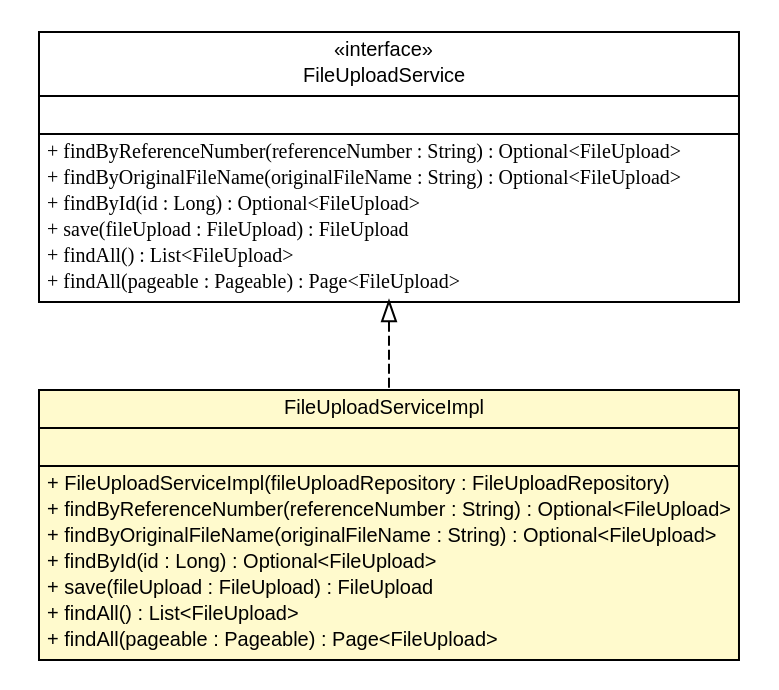
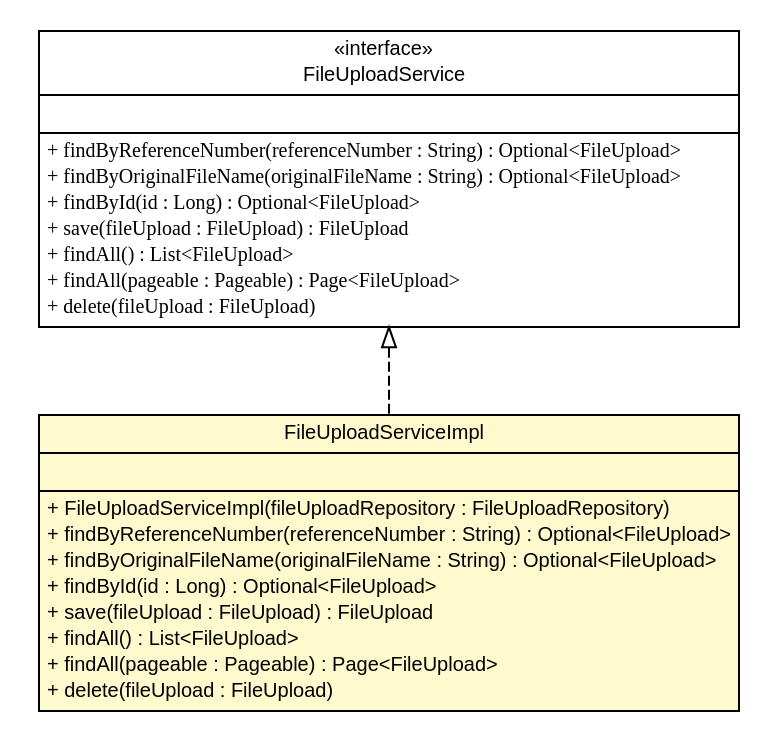
Before and after one commit to kunleawotunbo/exb_fileservice: the diagram in spring-fileservice-demo-project/server/target/apidocs/de/exb/platform/cloud/fileservice/service/FileUploadServiceImpl.dot, drawn with Graphviz. The commit also changed 100 other files, not shown here.

```diff
--- a/spring-fileservice-demo-project/server/target/apidocs/de/exb/platform/cloud/fileservice/service/FileUploadServiceImpl.dot
+++ b/spring-fileservice-demo-project/server/target/apidocs/de/exb/platform/cloud/fileservice/service/FileUploadServiceImpl.dot
@@ -1,50 +1,52 @@
 #!/usr/local/bin/dot
 #
 # Class diagram 
 # Generated by UMLGraph version R5_6 (http://www.umlgraph.org/)
 #
 
 digraph G {
 	edge [fontname="arial",fontsize=10,labelfontname="arial",labelfontsize=10];
 	node [fontname="arial",fontsize=10,shape=plaintext];
 	nodesep=0.25;
 	ranksep=0.5;
 	// de.exb.platform.cloud.fileservice.service.FileUploadServiceImpl
 	c357 [label=<<table title="de.exb.platform.cloud.fileservice.service.FileUploadServiceImpl" border="0" cellborder="1" cellspacing="0" cellpadding="2" port="p" bgcolor="lemonChiffon" href="./FileUploadServiceImpl.html">
 		<tr><td><table border="0" cellspacing="0" cellpadding="1">
 <tr><td align="center" balign="center"> FileUploadServiceImpl </td></tr>
 		</table></td></tr>
 		<tr><td><table border="0" cellspacing="0" cellpadding="1">
 <tr><td align="left" balign="left">  </td></tr>
 		</table></td></tr>
 		<tr><td><table border="0" cellspacing="0" cellpadding="1">
 <tr><td align="left" balign="left"> + FileUploadServiceImpl(fileUploadRepository : FileUploadRepository) </td></tr>
 <tr><td align="left" balign="left"> + findByReferenceNumber(referenceNumber : String) : Optional&lt;FileUpload&gt; </td></tr>
 <tr><td align="left" balign="left"> + findByOriginalFileName(originalFileName : String) : Optional&lt;FileUpload&gt; </td></tr>
 <tr><td align="left" balign="left"> + findById(id : Long) : Optional&lt;FileUpload&gt; </td></tr>
 <tr><td align="left" balign="left"> + save(fileUpload : FileUpload) : FileUpload </td></tr>
 <tr><td align="left" balign="left"> + findAll() : List&lt;FileUpload&gt; </td></tr>
 <tr><td align="left" balign="left"> + findAll(pageable : Pageable) : Page&lt;FileUpload&gt; </td></tr>
+<tr><td align="left" balign="left"> + delete(fileUpload : FileUpload) </td></tr>
 		</table></td></tr>
 		</table>>, URL="./FileUploadServiceImpl.html", fontname="arial", fontcolor="black", fontsize=10.0];
 	// de.exb.platform.cloud.fileservice.service.FileUploadService
 	c358 [label=<<table title="de.exb.platform.cloud.fileservice.service.FileUploadService" border="0" cellborder="1" cellspacing="0" cellpadding="2" port="p" href="./FileUploadService.html">
 		<tr><td><table border="0" cellspacing="0" cellpadding="1">
 <tr><td align="center" balign="center"> &#171;interface&#187; </td></tr>
 <tr><td align="center" balign="center"> FileUploadService </td></tr>
 		</table></td></tr>
 		<tr><td><table border="0" cellspacing="0" cellpadding="1">
 <tr><td align="left" balign="left">  </td></tr>
 		</table></td></tr>
 		<tr><td><table border="0" cellspacing="0" cellpadding="1">
 <tr><td align="left" balign="left"><font face="arial italic" point-size="10.0"> + findByReferenceNumber(referenceNumber : String) : Optional&lt;FileUpload&gt; </font></td></tr>
 <tr><td align="left" balign="left"><font face="arial italic" point-size="10.0"> + findByOriginalFileName(originalFileName : String) : Optional&lt;FileUpload&gt; </font></td></tr>
 <tr><td align="left" balign="left"><font face="arial italic" point-size="10.0"> + findById(id : Long) : Optional&lt;FileUpload&gt; </font></td></tr>
 <tr><td align="left" balign="left"><font face="arial italic" point-size="10.0"> + save(fileUpload : FileUpload) : FileUpload </font></td></tr>
 <tr><td align="left" balign="left"><font face="arial italic" point-size="10.0"> + findAll() : List&lt;FileUpload&gt; </font></td></tr>
 <tr><td align="left" balign="left"><font face="arial italic" point-size="10.0"> + findAll(pageable : Pageable) : Page&lt;FileUpload&gt; </font></td></tr>
+<tr><td align="left" balign="left"><font face="arial italic" point-size="10.0"> + delete(fileUpload : FileUpload) </font></td></tr>
 		</table></td></tr>
 		</table>>, URL="./FileUploadService.html", fontname="arial", fontcolor="black", fontsize=10.0];
 	//de.exb.platform.cloud.fileservice.service.FileUploadServiceImpl implements de.exb.platform.cloud.fileservice.service.FileUploadService
 	c358:p -> c357:p [dir=back,arrowtail=empty,style=dashed];
 }
```
